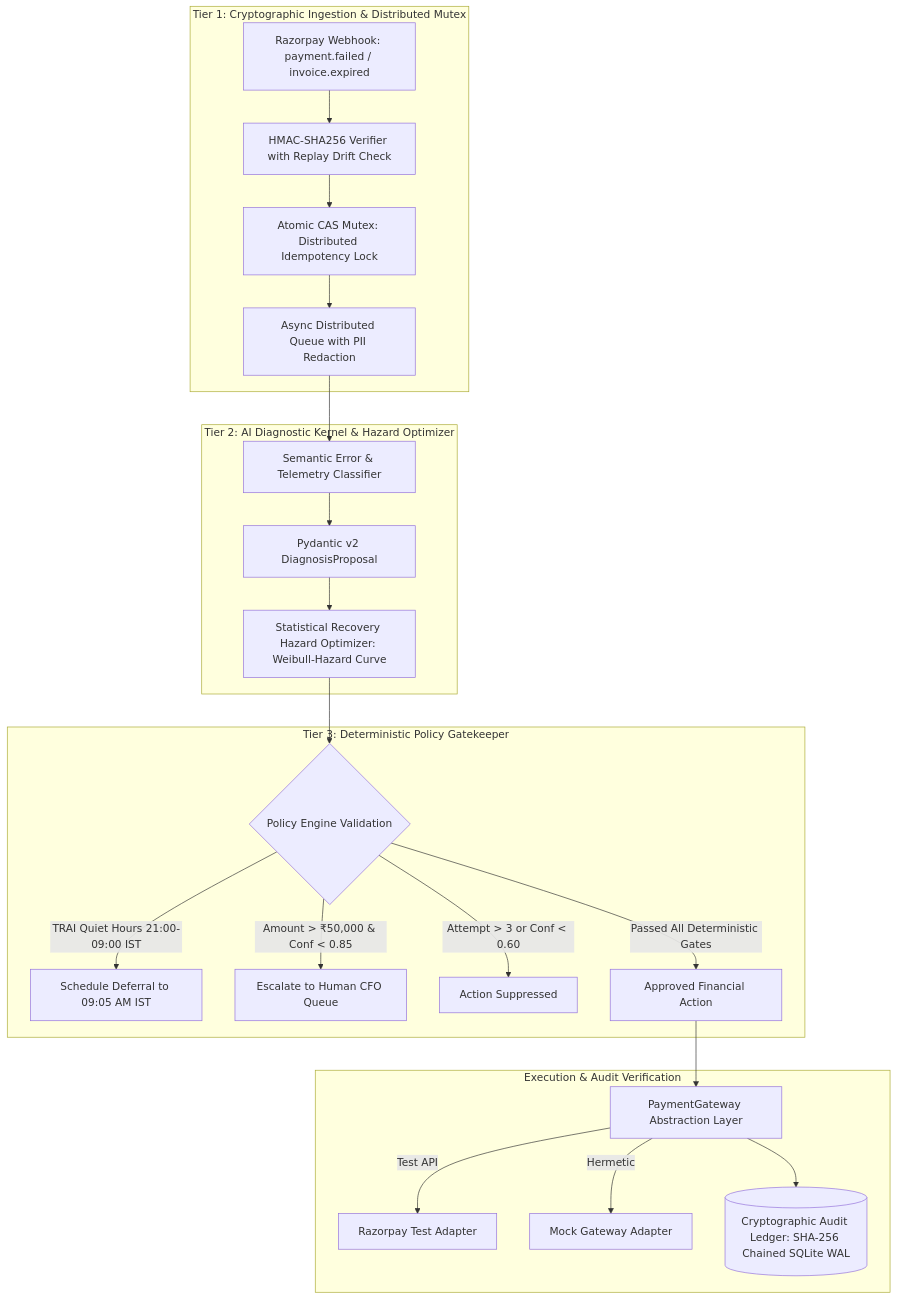
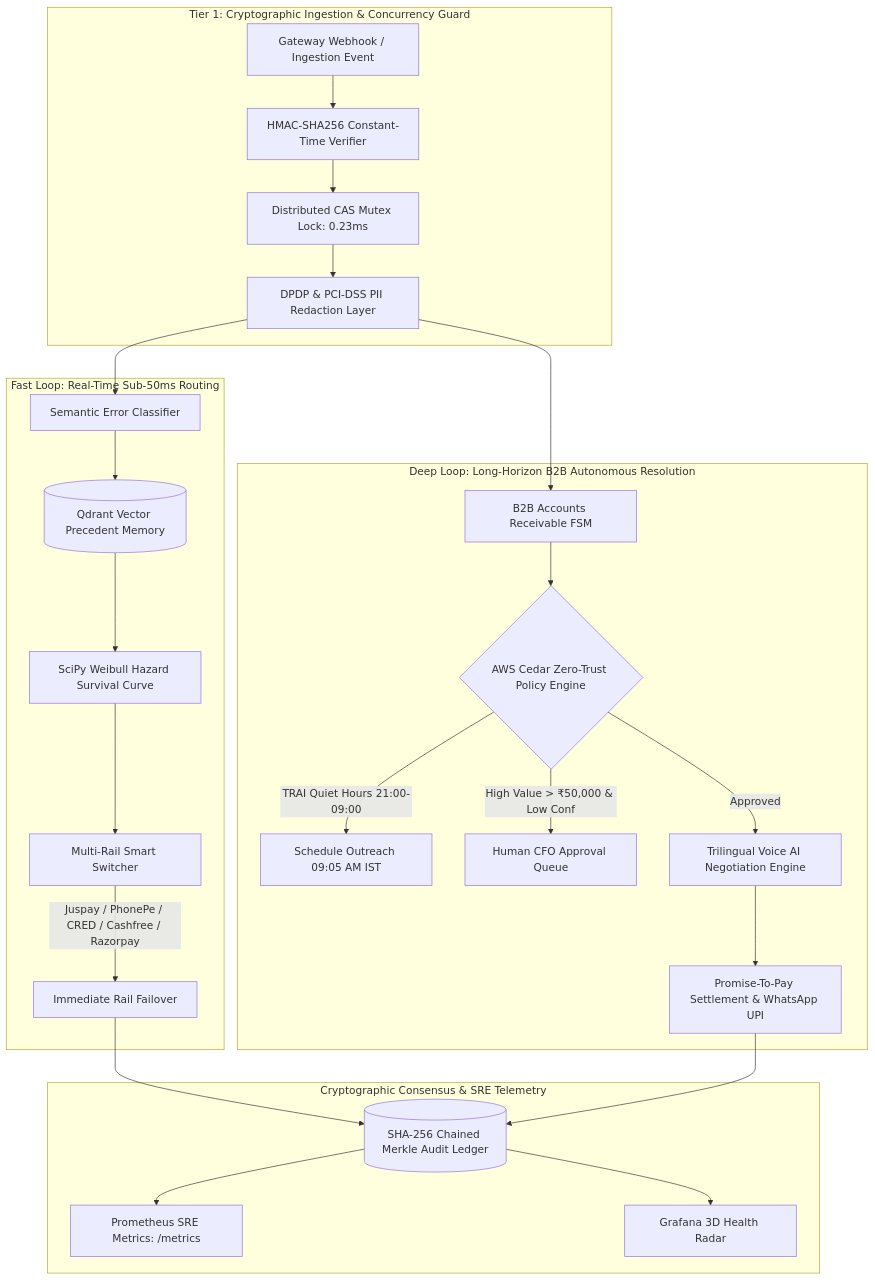
The diagram in README.md (Samrudh2006/-OmniRevive-OS), drawn with Mermaid before and after one commit. The commit also changed other lines of this file and 11 other files, not shown here.

Commit message:
docs: release OmniRevive-OS v1.1.0 with advanced README, multi-rail matrix, Flutter client, and 2026-2027 roadmap

````diff
--- a/README.md
+++ b/README.md
@@ -101,29 +105,32 @@
 ```mermaid
-flowchart TD
-    subgraph Ingestion [Tier 1: Cryptographic Ingestion & Distributed Mutex]
-        A[Razorpay Webhook: payment.failed / invoice.expired] --> B[HMAC-SHA256 Verifier with Replay Drift Check]
-        B --> C[Atomic CAS Mutex: Distributed Idempotency Lock]
-        C --> D[Async Distributed Queue with PII Redaction]
+flowchart TB
+    subgraph Ingestion_Layer [Tier 1: Cryptographic Ingestion & Concurrency Guard]
+        W[Gateway Webhook / Ingestion Event] --> HMAC[HMAC-SHA256 Constant-Time Verifier]
+        HMAC --> REDIS[Distributed CAS Mutex Lock: 0.23ms]
+        REDIS --> PII[DPDP & PCI-DSS PII Redaction Layer]
     end
 
-    subgraph AI_Diagnosis [Tier 2: AI Diagnostic Kernel & Hazard Optimizer]
-        D --> E[Semantic Error & Telemetry Classifier]
-        E --> F[Pydantic v2 DiagnosisProposal]
-        F --> G[Statistical Recovery Hazard Optimizer: Weibull-Hazard Curve]
+    subgraph Fast_Loop [Fast Loop: Real-Time Sub-50ms Routing]
+        PII --> CLASSIFIER[Semantic Error Classifier]
+        CLASSIFIER --> QDRANT[(Qdrant Vector Precedent Memory)]
+        QDRANT --> WEIBULL[SciPy Weibull Hazard Survival Curve]
+        WEIBULL --> ROUTER[Multi-Rail Smart Switcher]
+        ROUTER -->|Juspay / PhonePe / CRED / Cashfree / Razorpay| RAIL_EXEC[Immediate Rail Failover]
     end
 
-    subgraph Policy_Gate [Tier 3: Deterministic Policy Gatekeeper]
-        G --> H{Policy Engine Validation}
-        H -->|TRAI Quiet Hours 21:00-09:00 IST| I[Schedule Deferral to 09:05 AM IST]
-        H -->|Amount > ₹50,000 & Conf < 0.85| J[Escalate to Human CFO Queue]
-        H -->|Attempt > 3 or Conf < 0.60| K[Action Suppressed]
-        H -->|Passed All Deterministic Gates| L[Approved Financial Action]
+    subgraph Deep_Loop [Deep Loop: Long-Horizon B2B Autonomous Resolution]
+        PII --> B2B_FSM[B2B Accounts Receivable FSM]
+        B2B_FSM --> CEDAR{AWS Cedar Zero-Trust Policy Engine}
+        CEDAR -->|TRAI Quiet Hours 21:00-09:00| DEFER[Schedule Outreach 09:05 AM IST]
+        CEDAR -->|High Value > ₹50,000 & Low Conf| CFO_QUEUE[Human CFO Approval Queue]
+        CEDAR -->|Approved| VOICE_AI[Trilingual Voice AI Negotiation Engine]
+        VOICE_AI --> PTP_ENGINE[Promise-To-Pay Settlement & WhatsApp UPI]
     end
 
-    subgraph Execution [Execution & Audit Verification]
-        L --> M[PaymentGateway Abstraction Layer]
-        M -->|Test API| N[Razorpay Test Adapter]
-        M -->|Hermetic| O[Mock Gateway Adapter]
-        M --> P[(Cryptographic Audit Ledger: SHA-256 Chained SQLite WAL)]
+    subgraph Audit_Layer [Cryptographic Consensus & SRE Telemetry]
+        RAIL_EXEC --> MERKLE[(SHA-256 Chained Merkle Audit Ledger)]
+        PTP_ENGINE --> MERKLE
+        MERKLE --> PROMETHEUS[Prometheus SRE Metrics: /metrics]
+        MERKLE --> GRAFANA[Grafana 3D Health Radar]
     end
 ```
````
